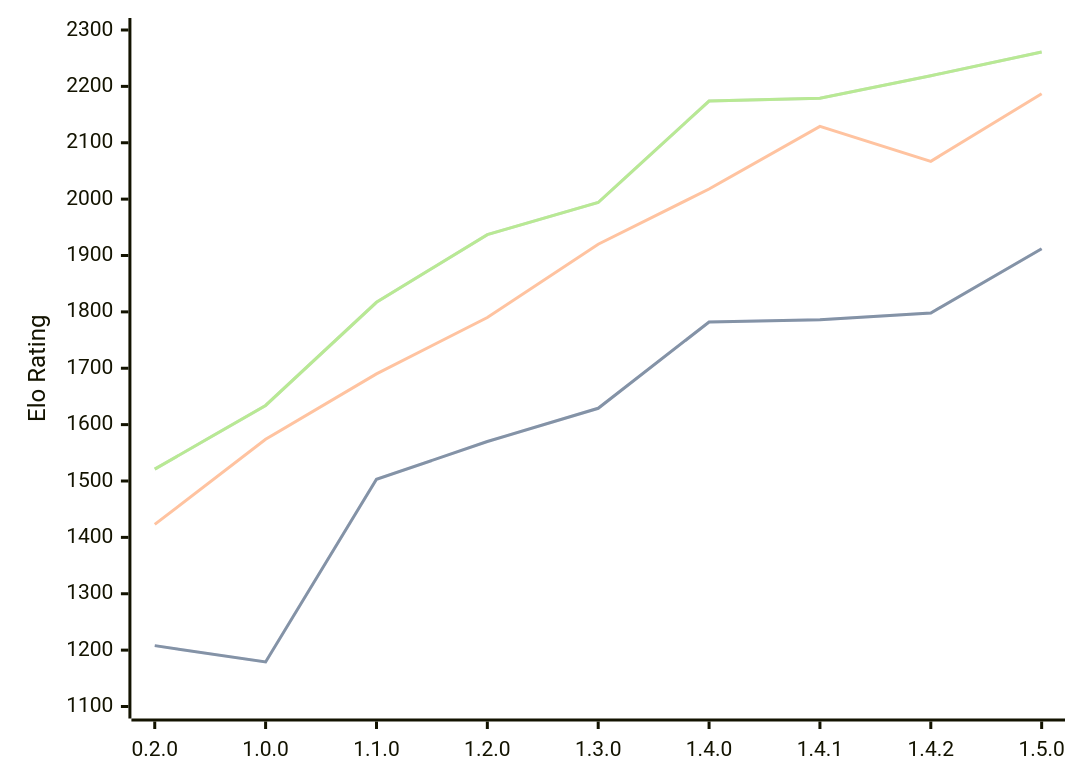
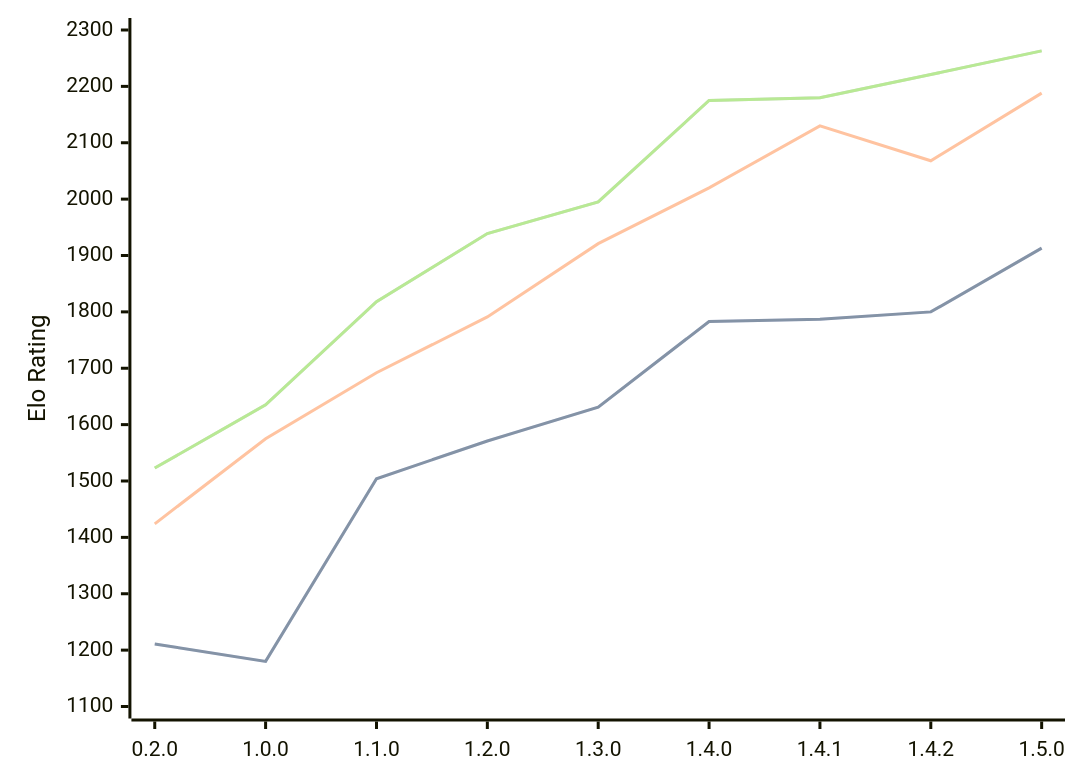
One commit to computer-chess-index/cci changed the diagram in engines/Zeppelin.md. Above: the diagram before and after it, drawn with Mermaid. The commit also changed other lines of this file, not shown here.

Commit message:
Update CCI Ratings (ELO VLTC) - 2026-10-09

````diff
--- a/engines/Zeppelin.md
+++ b/engines/Zeppelin.md
@@ -39,11 +39,11 @@
 ```mermaid
 %%{init: {"theme":"base","themeVariables":{"seriesColors:['#a3a3a3','#222221','#faa371']}}}%%
 xychart-beta
   x-axis ["0.2.0", "1.0.0", "1.1.0", "1.2.0", "1.3.0", "1.4.0", "1.4.1", "1.4.2", "1.5.0"]
   y-axis "Elo Rating" 1100 --> 2300
-  line "" [1208, 1179, 1503, 1570, 1629, 1782, 1786, 1798, 1912]
-  line "STC (8.0+0.08s)" [1208, 1179, 1503, 1570, 1629, 1782, 1786, 1798, 1912]
-  line "LTC (60.0+0.60s)" [1423, 1574, 1690, 1790, 1920, 2018, 2129, 2067, 2187]
-  line "" [1521, 1634, 1817, 1937, 1994, 2174, 2179, 2219, 2261]
-  line "VLTC (2m24s+1.12s)" [1521, 1634, 1817, 1937, 1994, 2174, 2179, 2219, 2261]
+  line "" [1211, 1180, 1504, 1571, 1631, 1783, 1787, 1800, 1913]
+  line "STC (8.0+0.08s)" [1211, 1180, 1504, 1571, 1631, 1783, 1787, 1800, 1913]
+  line "LTC (60.0+0.60s)" [1424, 1575, 1692, 1791, 1921, 2020, 2130, 2068, 2188]
+  line "" [1523, 1635, 1818, 1939, 1995, 2175, 2180, 2221, 2263]
+  line "VLTC (2m24s+1.12s)" [1523, 1635, 1818, 1939, 1995, 2175, 2180, 2221, 2263]
 ```
````
